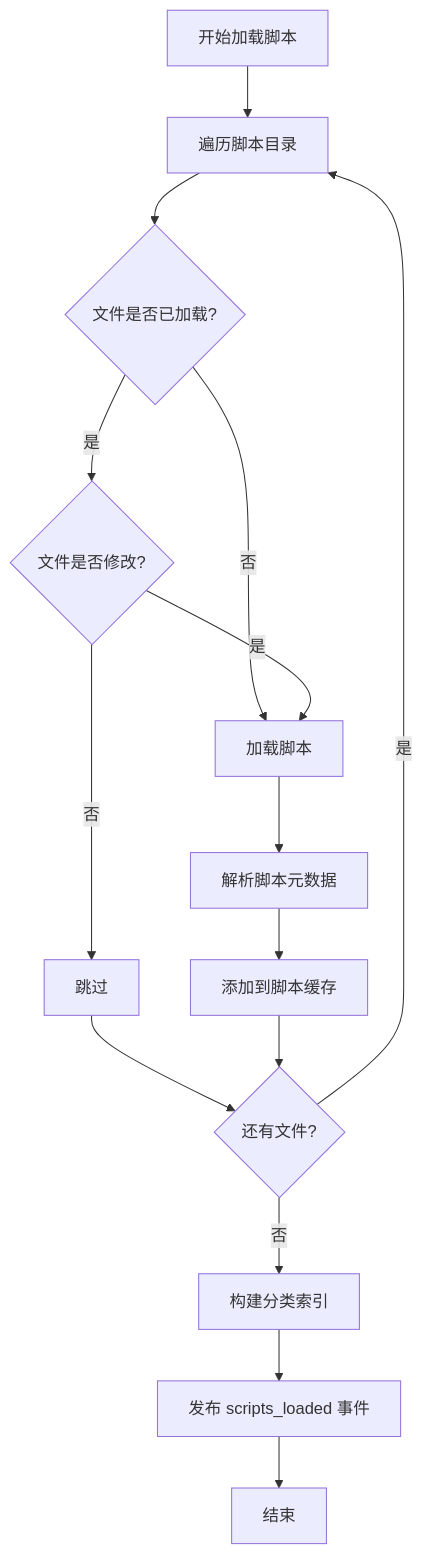
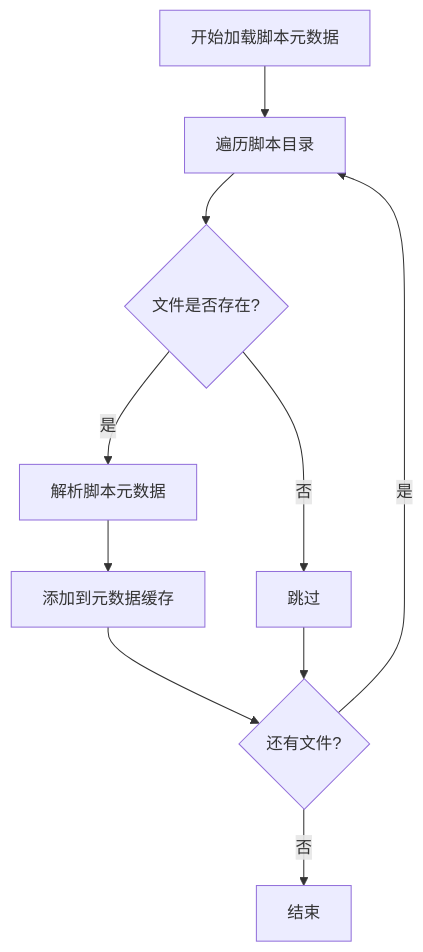
Before and after one commit to xthuji/Boop: the third of 3 diagrams in SIMPLIFIED_DESIGN.md, drawn with Mermaid. The commit also changed other lines of this file and 125 other files, not shown here.

````diff
--- a/SIMPLIFIED_DESIGN.md
+++ b/SIMPLIFIED_DESIGN.md
@@ -194,17 +218,12 @@
 ```mermaid
 flowchart TD
-    A[开始加载脚本] --> B[遍历脚本目录]
-    B --> C{文件是否已加载?}
-    C -->|是| D{文件是否修改?}
-    C -->|否| E[加载脚本]
-    D -->|是| E
-    D -->|否| F[跳过]
-    E --> G[解析脚本元数据]
-    G --> H[添加到脚本缓存]
-    F --> I{还有文件?}
-    H --> I
-    I -->|是| B
-    I -->|否| J[构建分类索引]
-    J --> K[发布 scripts_loaded 事件]
-    K --> L[结束]
+    A[开始加载脚本元数据] --> B[遍历脚本目录]
+    B --> C{文件是否存在?}
+    C -->|是| D[解析脚本元数据]
+    C -->|否| E[跳过]
+    D --> F[添加到元数据缓存]
+    F --> G{还有文件?}
+    E --> G
+    G -->|是| B
+    G -->|否| H[结束]
 ```
````
